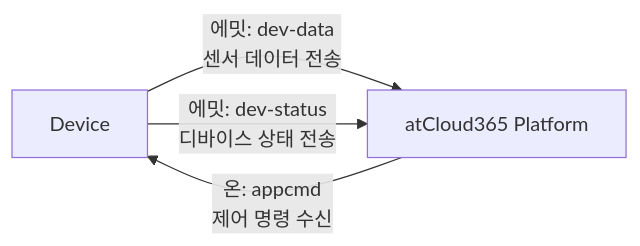
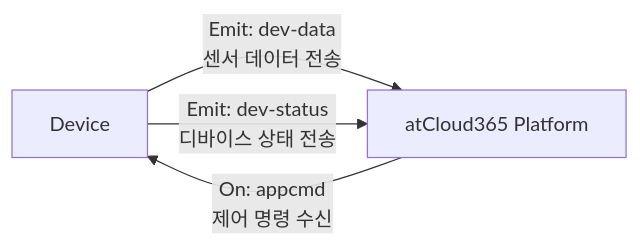
Before and after one commit to manulsan/atCloud-sdks: the second of 2 diagrams in README.md, drawn with Mermaid. The commit also changed other lines of this file and 1 other file, not shown here.

````diff
--- a/README.md
+++ b/README.md
@@ -184,6 +178,6 @@
 ```mermaid
 flowchart LR
-    D["Device"] -->|"에밋: dev-data\n센서 데이터 전송"| P["atCloud365 Platform"]
-    D -->|"에밋: dev-status\n디바이스 상태 전송"| P
-    P -->|"온: appcmd\n제어 명령 수신"| D
+  D["Device"] -->|"Emit: dev-data\n센서 데이터 전송"| P["atCloud365 Platform"]
+  D -->|"Emit: dev-status\n디바이스 상태 전송"| P
+  P -->|"On: appcmd\n제어 명령 수신"| D
 ```
````
